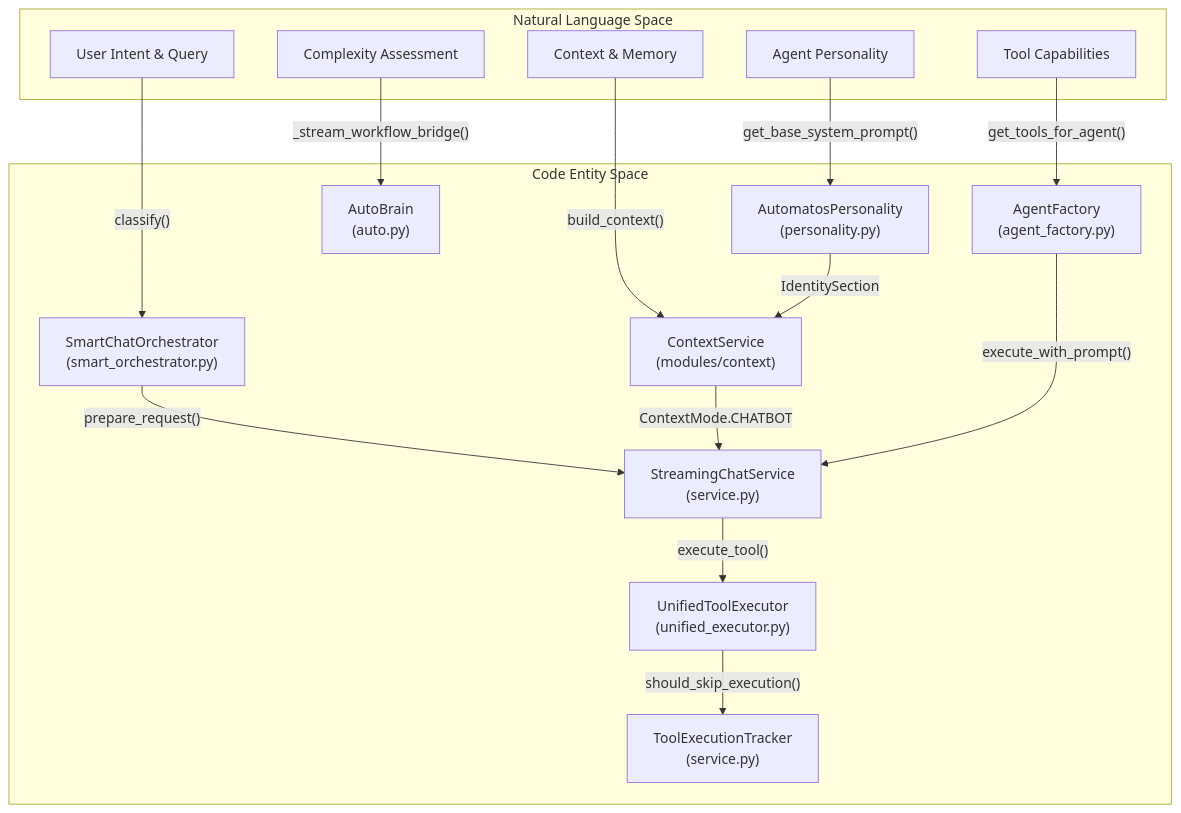
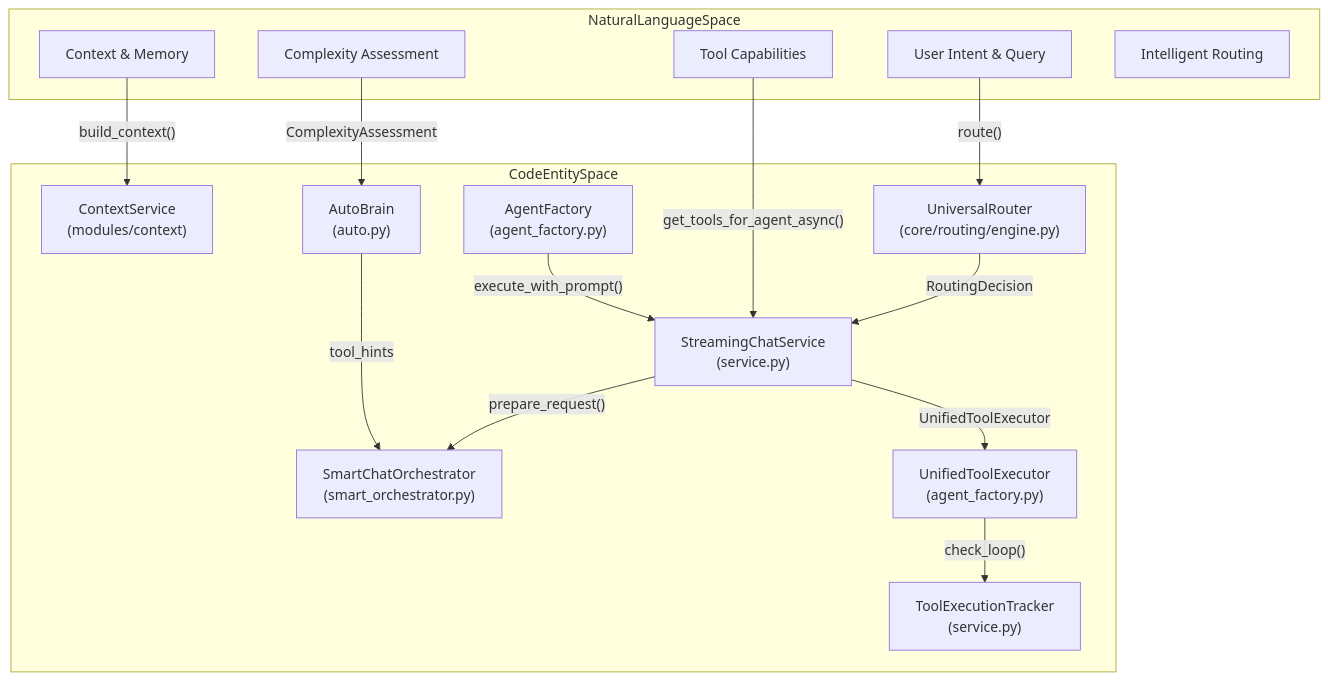
One commit to AutomatosAI/automatos-ai changed the first of 2 diagrams in docs/chat-interface/streaming-chat-service.md. Above: the diagram before and after it, drawn with Mermaid. The commit also changed other lines of this file and 191 other files, not shown here.

````diff
--- a/docs/chat-interface/streaming-chat-service.md
+++ b/docs/chat-interface/streaming-chat-service.md
@@ -38,33 +52,32 @@
 ```mermaid
 graph TD
-    subgraph "Natural Language Space"
+    subgraph "NaturalLanguageSpace"
         UserIntent["User Intent & Query"]
         Context["Context & Memory"]
         Tools["Tool Capabilities"]
         Complexity["Complexity Assessment"]
-        Persona["Agent Personality"]
+        Routing["Intelligent Routing"]
     end
 
-    subgraph "Code Entity Space"
+    subgraph "CodeEntitySpace"
         SCS["StreamingChatService<br/>(service.py)"]
         SCO["SmartChatOrchestrator<br/>(smart_orchestrator.py)"]
         CS["ContextService<br/>(modules/context)"]
         AF["AgentFactory<br/>(agent_factory.py)"]
-        UTE["UnifiedToolExecutor<br/>(unified_executor.py)"]
+        UTE["UnifiedToolExecutor<br/>(agent_factory.py)"]
         TET["ToolExecutionTracker<br/>(service.py)"]
         AB["AutoBrain<br/>(auto.py)"]
-        AP["AutomatosPersonality<br/>(personality.py)"]
+        UR["UniversalRouter<br/>(core/routing/engine.py)"]
     end
 
-    UserIntent -->|"classify()"| SCO
-    SCO -->|"prepare_request()"| SCS
+    UserIntent -->|"route()"| UR
+    UR -->|"RoutingDecision"| SCS
+    SCS -->|"prepare_request()"| SCO
     Context -->|"build_context()"| CS
-    CS -->|"ContextMode.CHATBOT"| SCS
-    Tools -->|"get_tools_for_agent()"| AF
+    Tools -->|"get_tools_for_agent_async()"| SCS
     AF -->|"execute_with_prompt()"| SCS
-    SCS -->|"execute_tool()"| UTE
-    UTE -->|"should_skip_execution()"| TET
-    Complexity -->|"_stream_workflow_bridge()"| AB
-    Persona -->|"get_base_system_prompt()"| AP
-    AP -->|"IdentitySection"| CS
+    SCS -->|"UnifiedToolExecutor"| UTE
+    UTE -->|"check_loop()"| TET
+    Complexity -->|"ComplexityAssessment"| AB
+    AB -->|"tool_hints"| SCO
 ```
````
